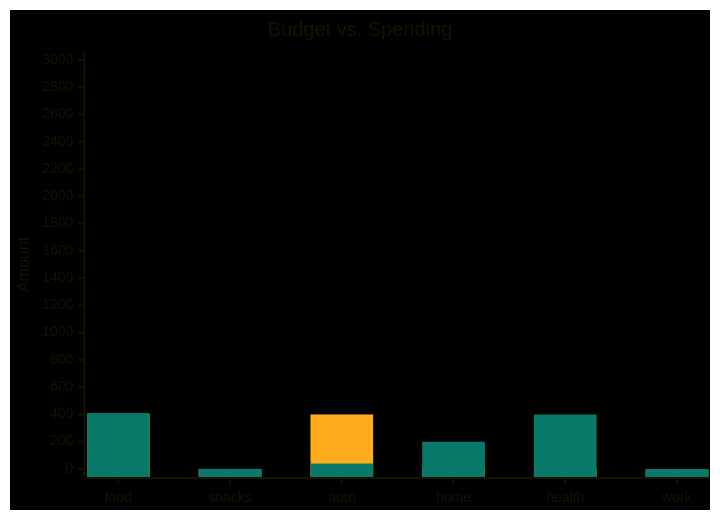
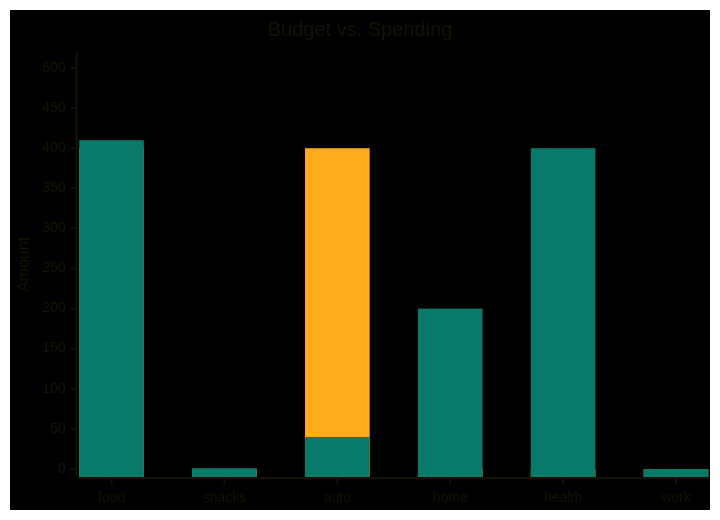
The fifth of 5 diagrams in data/template/2024-07/2024-07-budget.md (Indyandie/yosan), drawn with Mermaid before and after one commit. The commit also changed other lines of this file and 2 other files, not shown here.

Commit message:
refactor: calculate max Y axis from current data

````diff
--- a/data/template/2024-07/2024-07-budget.md
+++ b/data/template/2024-07/2024-07-budget.md
@@ -87,15 +87,15 @@
 ```mermaid
 --- 
 config: 
    themeVariables:
       xyChart: 
          backgroundColor: "#000"
          plotColorPalette: "#ffac1c, #097969"
 ---
 xychart-beta
     title "Budget vs. Spending"
-    y-axis "Amount" 0 --> 3000
+    y-axis "Amount" 0 --> 510.00
     x-axis [food, snacks, auto, home, health, work]
     bar [400.00, 0.00, 400.00, 0.00, 0.00, 0.00]
     bar [410.00, 1.00, 40.00, 200.00, 400.00, 0.00]
 ```
````
